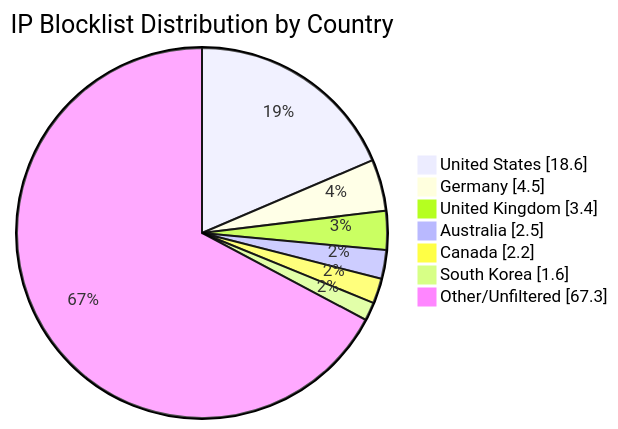
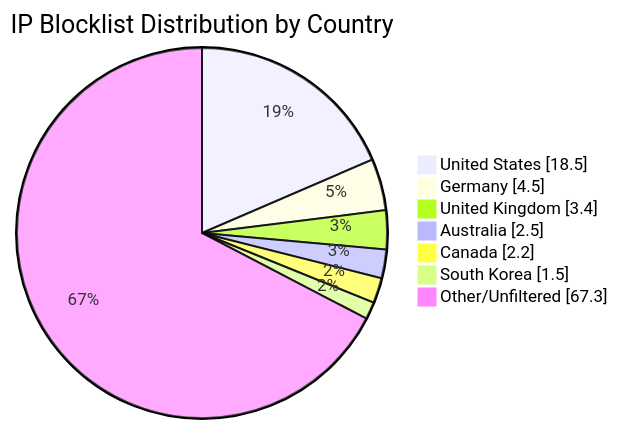
One commit to MarcusHoltz/ipblocklist-geofiltered-aggregator changed the diagram in README.md. Above: the diagram before and after it, drawn with Mermaid. The commit also changed other lines of this file and 9 other files, not shown here.

````diff
--- a/README.md
+++ b/README.md
@@ -34,10 +34,10 @@
 ```mermaid
 pie showData title IP Blocklist Distribution by Country
-"United States" : 18.6
+"United States" : 18.5
 "Germany" : 4.5
 "United Kingdom" : 3.4
 "Australia" : 2.5
 "Canada" : 2.2
-"South Korea" : 1.6
+"South Korea" : 1.5
 "Other/Unfiltered" : 67.3
 ```
````
